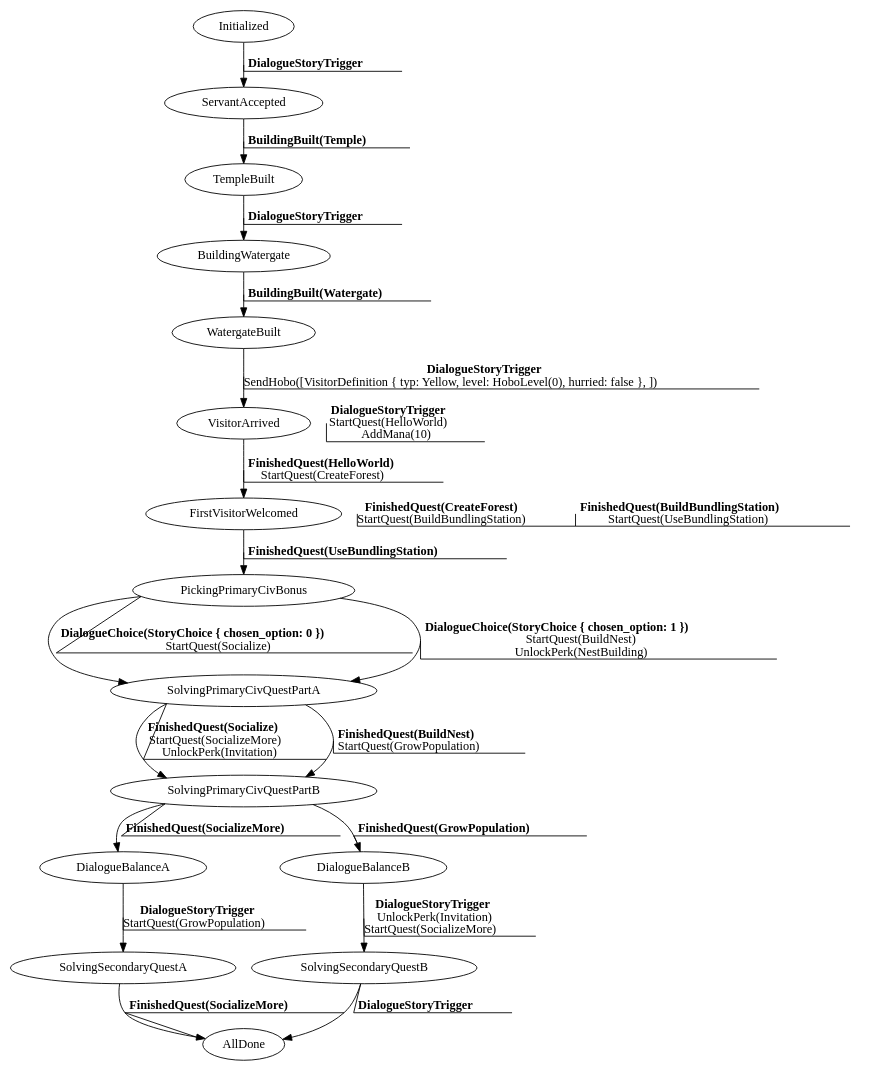
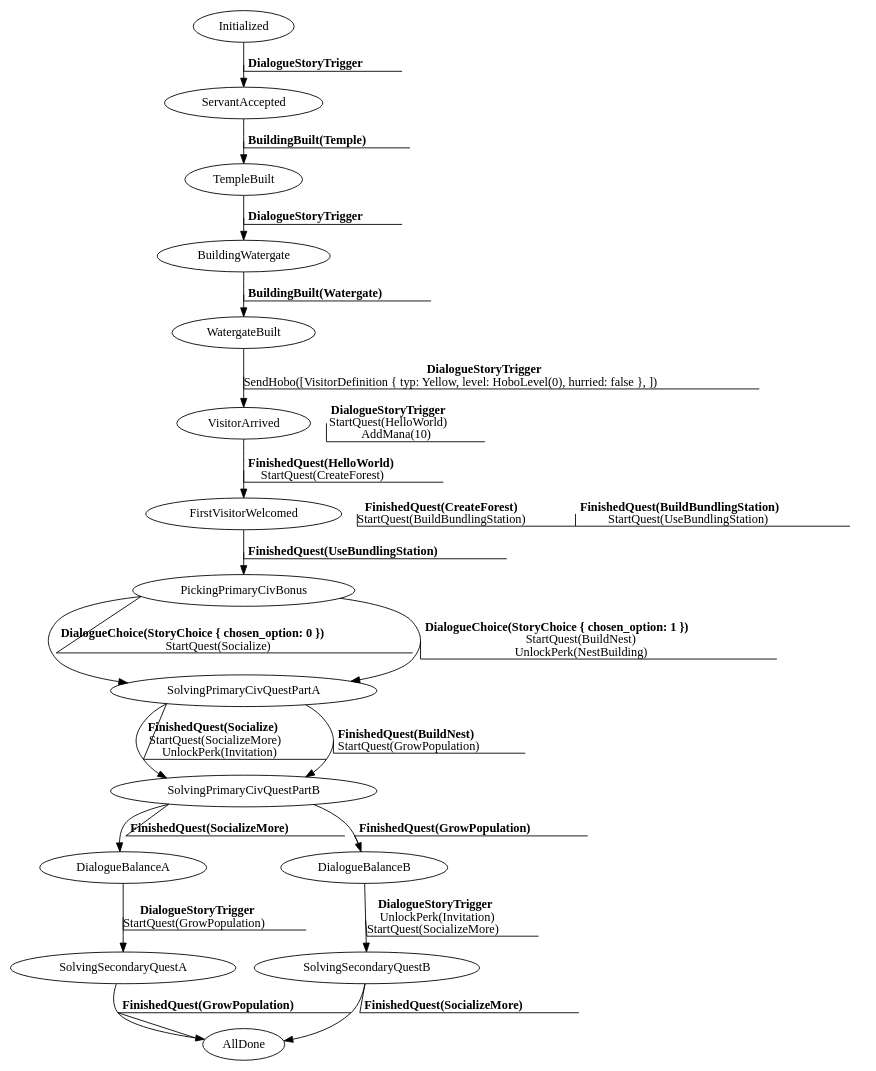
One commit to jakmeier/paddlers-browser-game changed the diagram in specification/story.dot. Above: the diagram before and after it, drawn with Graphviz. The commit also changed 20 other files, not shown here.

```diff
--- a/specification/story.dot
+++ b/specification/story.dot
@@ -1,38 +1,38 @@
 digraph MyGraph {
 graph [outputorder=edgesfirst];
 Initialized [label="Initialized"]
 ServantAccepted [label="ServantAccepted"]
 TempleBuilt [label="TempleBuilt"]
 BuildingWatergate [label="BuildingWatergate"]
 WatergateBuilt [label="WatergateBuilt"]
 VisitorArrived [label="VisitorArrived"]
 FirstVisitorWelcomed [label="FirstVisitorWelcomed"]
 PickingPrimaryCivBonus [label="PickingPrimaryCivBonus"]
 SolvingPrimaryCivQuestPartA [label="SolvingPrimaryCivQuestPartA"]
 SolvingPrimaryCivQuestPartB [label="SolvingPrimaryCivQuestPartB"]
 DialogueBalanceA [label="DialogueBalanceA"]
 DialogueBalanceB [label="DialogueBalanceB"]
 SolvingSecondaryQuestA [label="SolvingSecondaryQuestA"]
 SolvingSecondaryQuestB [label="SolvingSecondaryQuestB"]
 AllDone [label="AllDone"]
 Initialized -> ServantAccepted [decorate=true, color=black, label=< <B>DialogueStoryTrigger</B> >]
 ServantAccepted -> TempleBuilt [decorate=true, color=black, label=< <B>BuildingBuilt(Temple)</B> >]
 TempleBuilt -> BuildingWatergate [decorate=true, color=black, label=< <B>DialogueStoryTrigger</B> >]
 BuildingWatergate -> WatergateBuilt [decorate=true, color=black, label=< <B>BuildingBuilt(Watergate)</B> >]
 WatergateBuilt -> VisitorArrived [decorate=true, color=black, label=< <B>DialogueStoryTrigger</B> <br/>SendHobo([VisitorDefinition { typ: Yellow, level: HoboLevel(0), hurried: false }, ]) >]
 VisitorArrived -> VisitorArrived [decorate=true, color=invis, label=< <B>DialogueStoryTrigger</B> <br/>StartQuest(HelloWorld) <br/>AddMana(10) >]
 VisitorArrived -> FirstVisitorWelcomed [decorate=true, color=black, label=< <B>FinishedQuest(HelloWorld)</B> <br/>StartQuest(CreateForest) >]
 FirstVisitorWelcomed -> FirstVisitorWelcomed [decorate=true, color=invis, label=< <B>FinishedQuest(CreateForest)</B> <br/>StartQuest(BuildBundlingStation) >]
 FirstVisitorWelcomed -> FirstVisitorWelcomed [decorate=true, color=invis, label=< <B>FinishedQuest(BuildBundlingStation)</B> <br/>StartQuest(UseBundlingStation) >]
 FirstVisitorWelcomed -> PickingPrimaryCivBonus [decorate=true, color=black, label=< <B>FinishedQuest(UseBundlingStation)</B> >]
 PickingPrimaryCivBonus -> SolvingPrimaryCivQuestPartA [decorate=true, color=black, label=< <B>DialogueChoice(StoryChoice { chosen_option: 0 })</B> <br/>StartQuest(Socialize) >]
 PickingPrimaryCivBonus -> SolvingPrimaryCivQuestPartA [decorate=true, color=black, label=< <B>DialogueChoice(StoryChoice { chosen_option: 1 })</B> <br/>StartQuest(BuildNest) <br/>UnlockPerk(NestBuilding) >]
 SolvingPrimaryCivQuestPartA -> SolvingPrimaryCivQuestPartB [decorate=true, color=black, label=< <B>FinishedQuest(Socialize)</B> <br/>StartQuest(SocializeMore) <br/>UnlockPerk(Invitation) >]
 SolvingPrimaryCivQuestPartA -> SolvingPrimaryCivQuestPartB [decorate=true, color=black, label=< <B>FinishedQuest(BuildNest)</B> <br/>StartQuest(GrowPopulation) >]
 SolvingPrimaryCivQuestPartB -> DialogueBalanceA [decorate=true, color=black, label=< <B>FinishedQuest(SocializeMore)</B> >]
 SolvingPrimaryCivQuestPartB -> DialogueBalanceB [decorate=true, color=black, label=< <B>FinishedQuest(GrowPopulation)</B> >]
 DialogueBalanceA -> SolvingSecondaryQuestA [decorate=true, color=black, label=< <B>DialogueStoryTrigger</B> <br/>StartQuest(GrowPopulation) >]
 DialogueBalanceB -> SolvingSecondaryQuestB [decorate=true, color=black, label=< <B>DialogueStoryTrigger</B> <br/>UnlockPerk(Invitation) <br/>StartQuest(SocializeMore) >]
-SolvingSecondaryQuestA -> AllDone [decorate=true, color=black, label=< <B>FinishedQuest(SocializeMore)</B> >]
-SolvingSecondaryQuestB -> AllDone [decorate=true, color=black, label=< <B>DialogueStoryTrigger</B> >]
+SolvingSecondaryQuestA -> AllDone [decorate=true, color=black, label=< <B>FinishedQuest(GrowPopulation)</B> >]
+SolvingSecondaryQuestB -> AllDone [decorate=true, color=black, label=< <B>FinishedQuest(SocializeMore)</B> >]
 }
```
